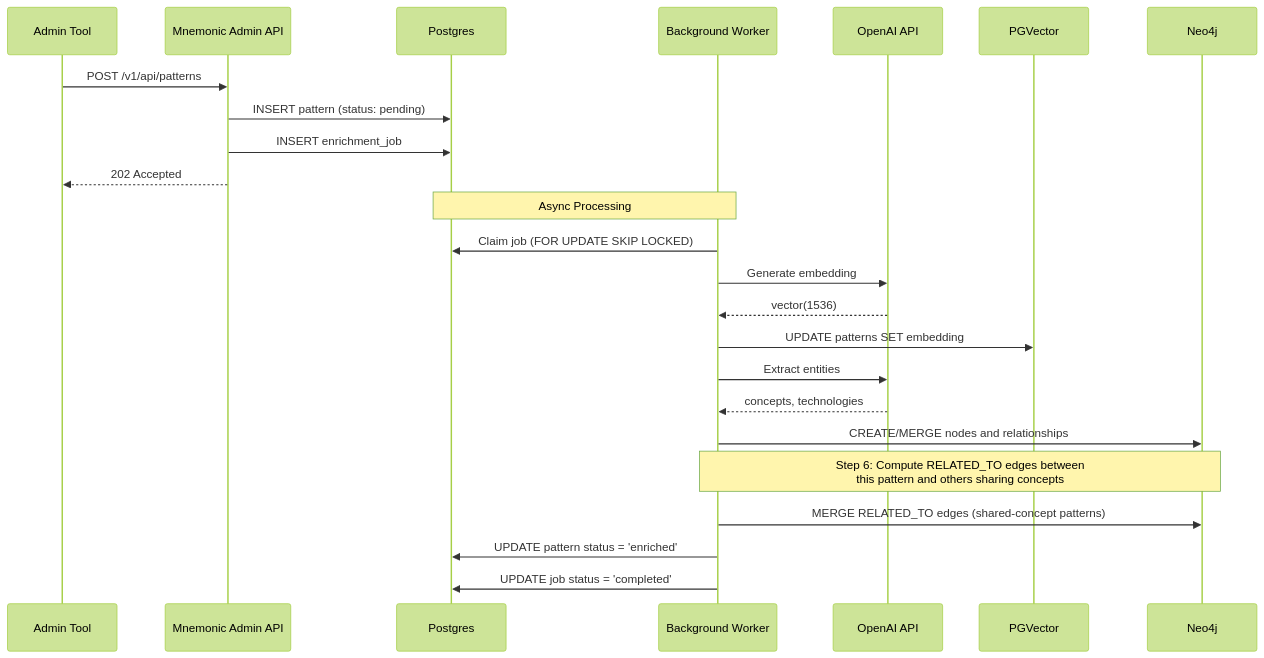
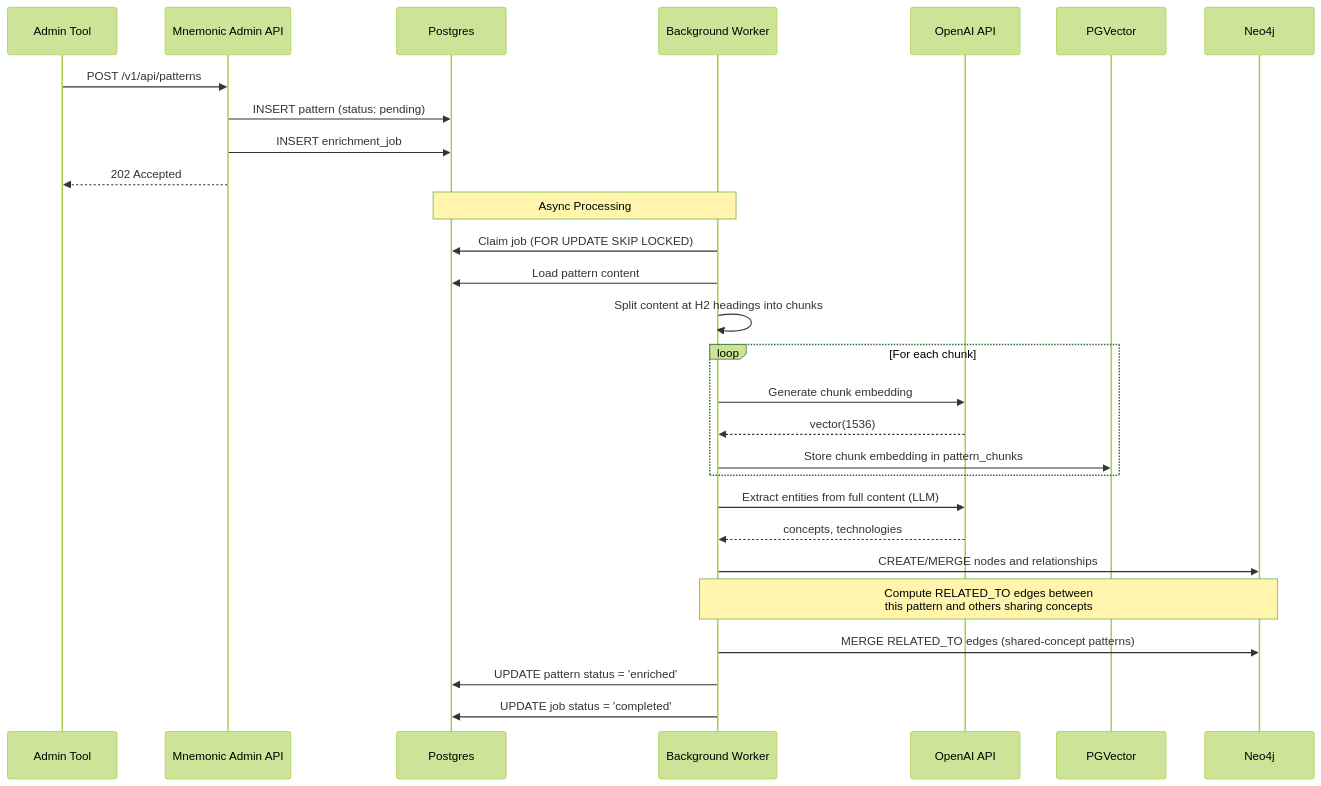
Before and after one commit to twistingmercury/mnemonic-mcp: the seventh of 14 diagrams in docs/architecture/04-data-architecture.md, drawn with Mermaid (forest theme). The commit also changed other lines of this file and 45 other files, not shown here.

````diff
--- a/docs/architecture/04-data-architecture.md
+++ b/docs/architecture/04-data-architecture.md
@@ -461,28 +477,32 @@
 ```mermaid
 sequenceDiagram
     participant ADMIN as Admin Tool
     participant API as Mnemonic Admin API
     participant PG as Postgres
     participant WORKER as Background Worker
     participant OPENAI as OpenAI API
     participant PGV as PGVector
     participant NEO as Neo4j
 
     ADMIN->>API: POST /v1/api/patterns
     API->>PG: INSERT pattern (status: pending)
     API->>PG: INSERT enrichment_job
     API-->>ADMIN: 202 Accepted
 
     Note over WORKER,PG: Async Processing
     WORKER->>PG: Claim job (FOR UPDATE SKIP LOCKED)
-    WORKER->>OPENAI: Generate embedding
-    OPENAI-->>WORKER: vector(1536)
-    WORKER->>PGV: UPDATE patterns SET embedding
-    WORKER->>OPENAI: Extract entities
+    WORKER->>PG: Load pattern content
+    WORKER->>WORKER: Split content at H2 headings into chunks
+    loop For each chunk
+        WORKER->>OPENAI: Generate chunk embedding
+        OPENAI-->>WORKER: vector(1536)
+        WORKER->>PGV: Store chunk embedding in pattern_chunks
+    end
+    WORKER->>OPENAI: Extract entities from full content (LLM)
     OPENAI-->>WORKER: concepts, technologies
     WORKER->>NEO: CREATE/MERGE nodes and relationships
-    Note over WORKER,NEO: Step 6: Compute RELATED_TO edges between<br/>this pattern and others sharing concepts
+    Note over WORKER,NEO: Compute RELATED_TO edges between<br/>this pattern and others sharing concepts
     WORKER->>NEO: MERGE RELATED_TO edges (shared-concept patterns)
     WORKER->>PG: UPDATE pattern status = 'enriched'
     WORKER->>PG: UPDATE job status = 'completed'
 ```
````
